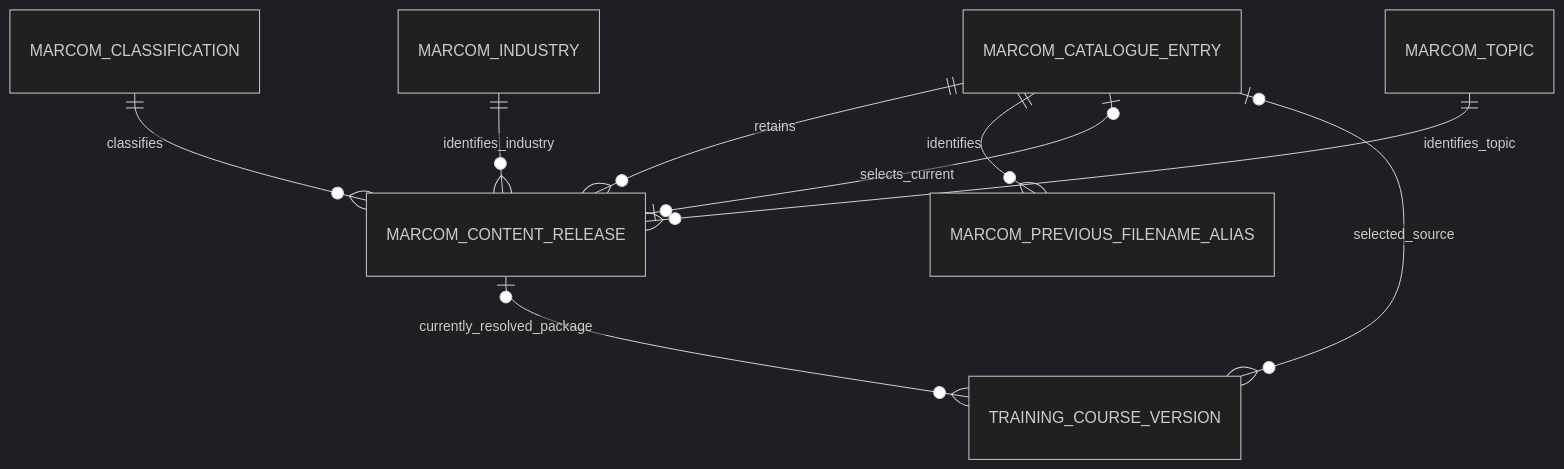
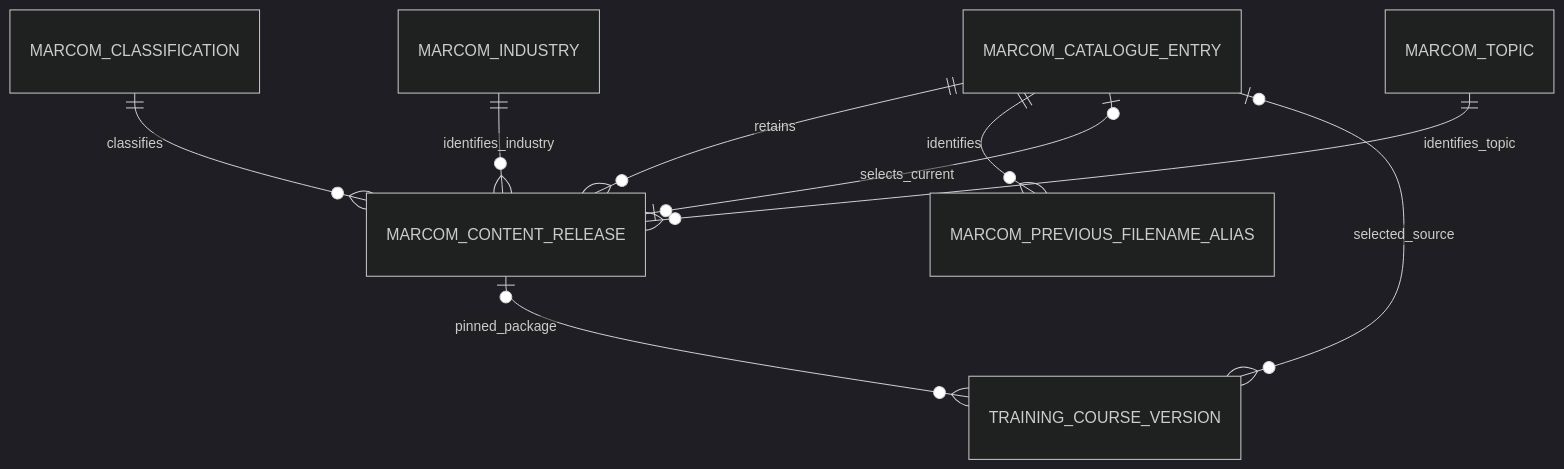
The diagram in docs/phase 1/training management/ADRs/ADR-016-use-a-reusable-marcom-content-catalogue.md (Summit-EHSQ/terra-gen), drawn with Mermaid (dark theme) before and after one commit. The commit also changed other lines of this file and 17 other files, not shown here.

````diff
--- a/docs/phase 1/training management/ADRs/ADR-016-use-a-reusable-marcom-content-catalogue.md
+++ b/docs/phase 1/training management/ADRs/ADR-016-use-a-reusable-marcom-content-catalogue.md
@@ -58,11 +58,11 @@
 ```mermaid
 erDiagram
     MARCOM_CLASSIFICATION ||--o{ MARCOM_CONTENT_RELEASE : classifies
     MARCOM_INDUSTRY ||--o{ MARCOM_CONTENT_RELEASE : identifies_industry
     MARCOM_TOPIC ||--o{ MARCOM_CONTENT_RELEASE : identifies_topic
     MARCOM_CATALOGUE_ENTRY ||--o{ MARCOM_CONTENT_RELEASE : retains
     MARCOM_CATALOGUE_ENTRY ||--o{ MARCOM_PREVIOUS_FILENAME_ALIAS : identifies
     MARCOM_CATALOGUE_ENTRY o|--o| MARCOM_CONTENT_RELEASE : selects_current
     MARCOM_CATALOGUE_ENTRY o|--o{ TRAINING_COURSE_VERSION : selected_source
-    MARCOM_CONTENT_RELEASE o|--o{ TRAINING_COURSE_VERSION : currently_resolved_package
+    MARCOM_CONTENT_RELEASE o|--o{ TRAINING_COURSE_VERSION : pinned_package
 ```
````
